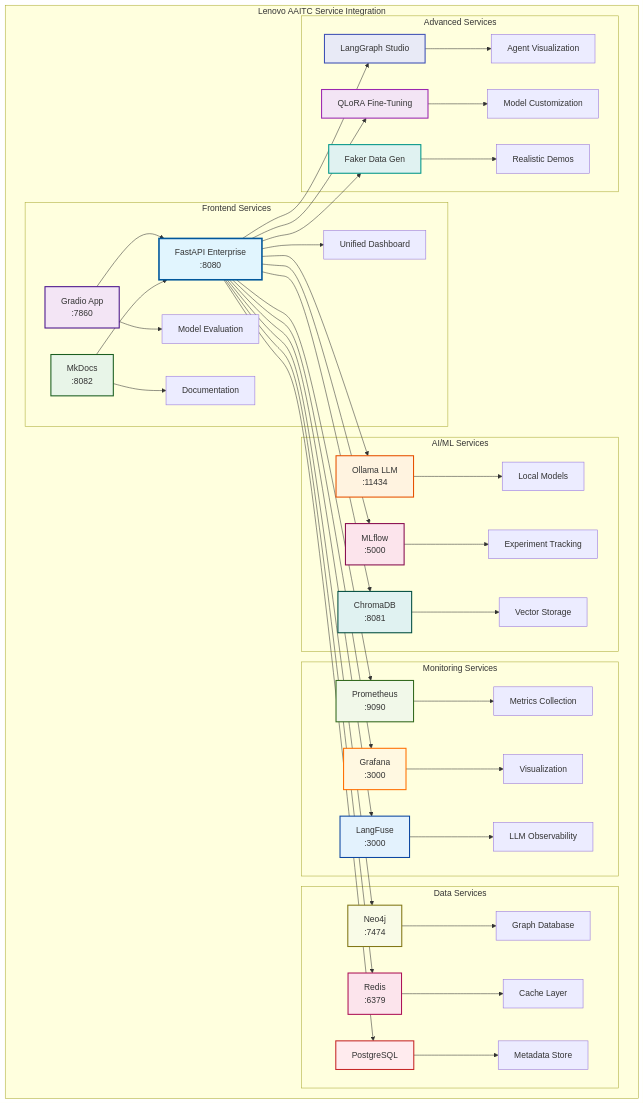
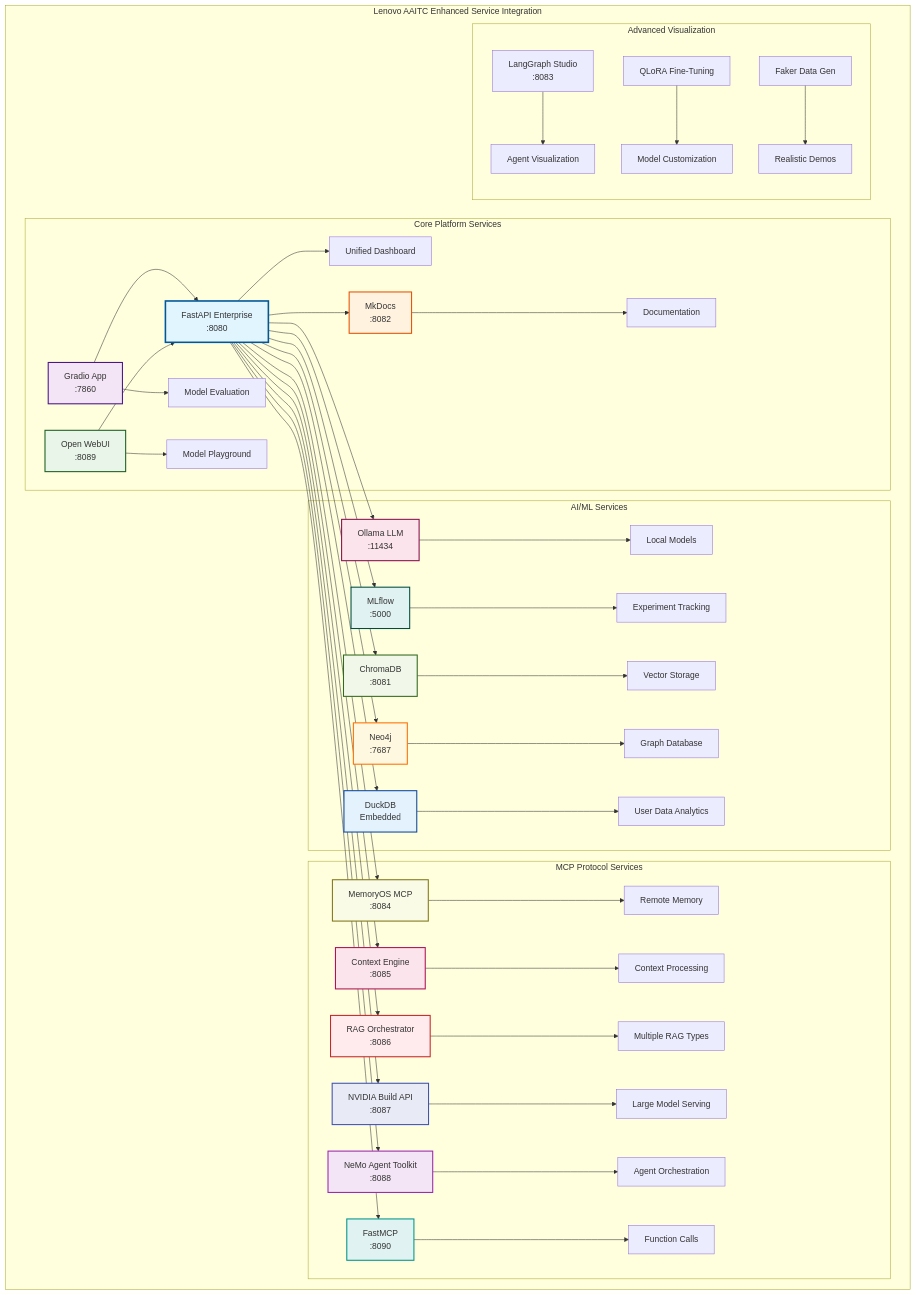
Before and after one commit to S-n00b/ai_assignments: the first of 8 diagrams in docs/docs_content/diagrams/service-integration.md, drawn with Mermaid. The commit also changed other lines of this file and 121 other files, not shown here.

````diff
--- a/docs/docs_content/diagrams/service-integration.md
+++ b/docs/docs_content/diagrams/service-integration.md
@@ -11,66 +11,66 @@
 ```mermaid
 graph TB
-    subgraph "Lenovo AAITC Service Integration"
-        subgraph "Frontend Services"
+    subgraph "Lenovo AAITC Enhanced Service Integration"
+        subgraph "Core Platform Services"
             A[FastAPI Enterprise<br/>:8080] --> B[Unified Dashboard]
             C[Gradio App<br/>:7860] --> D[Model Evaluation]
-            E[MkDocs<br/>:8082] --> F[Documentation]
+            E[Open WebUI<br/>:8089] --> F[Model Playground]
+            G[MkDocs<br/>:8082] --> H[Documentation]
         end
-        
+
         subgraph "AI/ML Services"
-            G[Ollama LLM<br/>:11434] --> H[Local Models]
-            I[MLflow<br/>:5000] --> J[Experiment Tracking]
-            K[ChromaDB<br/>:8081] --> L[Vector Storage]
+            I[Ollama LLM<br/>:11434] --> J[Local Models]
+            K[MLflow<br/>:5000] --> L[Experiment Tracking]
+            M[ChromaDB<br/>:8081] --> N[Vector Storage]
+            O[Neo4j<br/>:7687] --> P[Graph Database]
+            Q[DuckDB<br/>Embedded] --> R[User Data Analytics]
         end
-        
-        subgraph "Monitoring Services"
-            M[Prometheus<br/>:9090] --> N[Metrics Collection]
-            O[Grafana<br/>:3000] --> P[Visualization]
-            Q[LangFuse<br/>:3000] --> R[LLM Observability]
+
+        subgraph "MCP Protocol Services"
+            S[MemoryOS MCP<br/>:8084] --> T[Remote Memory]
+            U[Context Engine<br/>:8085] --> V[Context Processing]
+            W[RAG Orchestrator<br/>:8086] --> X[Multiple RAG Types]
+            Y[NVIDIA Build API<br/>:8087] --> Z[Large Model Serving]
+            AA[NeMo Agent Toolkit<br/>:8088] --> BB[Agent Orchestration]
+            CC[FastMCP<br/>:8090] --> DD[Function Calls]
         end
-        
-        subgraph "Data Services"
-            S[Neo4j<br/>:7474] --> T[Graph Database]
-            U[Redis<br/>:6379] --> V[Cache Layer]
-            W[PostgreSQL] --> X[Metadata Store]
-        end
-        
-        subgraph "Advanced Services"
-            Y[LangGraph Studio] --> Z[Agent Visualization]
-            AA[QLoRA Fine-Tuning] --> BB[Model Customization]
-            CC[Faker Data Gen] --> DD[Realistic Demos]
+
+        subgraph "Advanced Visualization"
+            EE[LangGraph Studio<br/>:8083] --> FF[Agent Visualization]
+            GG[QLoRA Fine-Tuning] --> HH[Model Customization]
+            II[Faker Data Gen] --> JJ[Realistic Demos]
         end
     end
-    
+
     A --> G
     A --> I
     A --> K
     A --> M
     A --> O
     A --> Q
     A --> S
     A --> U
     A --> W
     A --> Y
     A --> AA
     A --> CC
-    
+
     C --> A
     E --> A
-    
+
     style A fill:#e1f5fe,stroke:#01579b,stroke-width:3px
     style C fill:#f3e5f5,stroke:#4a148c,stroke-width:2px
     style E fill:#e8f5e8,stroke:#1b5e20,stroke-width:2px
     style G fill:#fff3e0,stroke:#e65100,stroke-width:2px
     style I fill:#fce4ec,stroke:#880e4f,stroke-width:2px
     style K fill:#e0f2f1,stroke:#004d40,stroke-width:2px
     style M fill:#f1f8e9,stroke:#33691e,stroke-width:2px
     style O fill:#fff8e1,stroke:#ff6f00,stroke-width:2px
     style Q fill:#e3f2fd,stroke:#0d47a1,stroke-width:2px
     style S fill:#f9fbe7,stroke:#827717,stroke-width:2px
     style U fill:#fce4ec,stroke:#ad1457,stroke-width:2px
     style W fill:#ffebee,stroke:#c62828,stroke-width:2px
     style Y fill:#e8eaf6,stroke:#3f51b5,stroke-width:2px
     style AA fill:#f3e5f5,stroke:#9c27b0,stroke-width:2px
     style CC fill:#e0f2f1,stroke:#009688,stroke-width:2px
 ```
````
